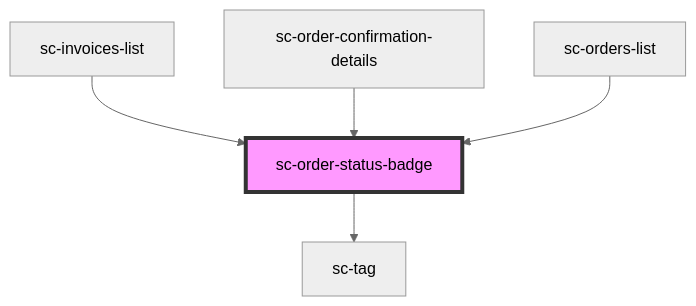
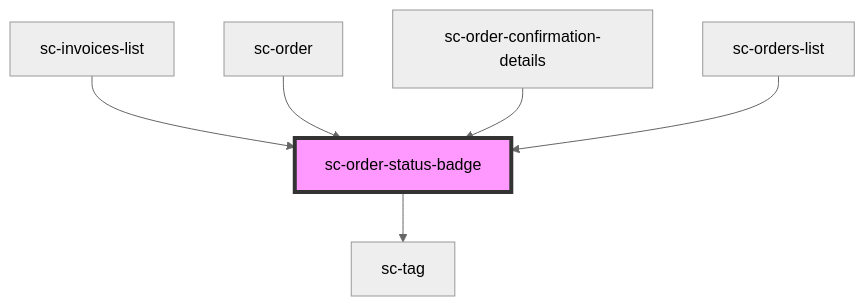
The diagram in packages/components/src/components/ui/order-status-badge/readme.md (surecart/surecart-wp-plugin), drawn with Mermaid (neutral theme) before and after one commit. The commit also changed other lines of this file and 68 other files, not shown here.

````diff
--- a/packages/components/src/components/ui/order-status-badge/readme.md
+++ b/packages/components/src/components/ui/order-status-badge/readme.md
@@ -31,8 +32,9 @@
 ```mermaid
 graph TD;
   sc-order-status-badge --> sc-tag
   sc-invoices-list --> sc-order-status-badge
+  sc-order --> sc-order-status-badge
   sc-order-confirmation-details --> sc-order-status-badge
   sc-orders-list --> sc-order-status-badge
   style sc-order-status-badge fill:#f9f,stroke:#333,stroke-width:4px
 ```
````
